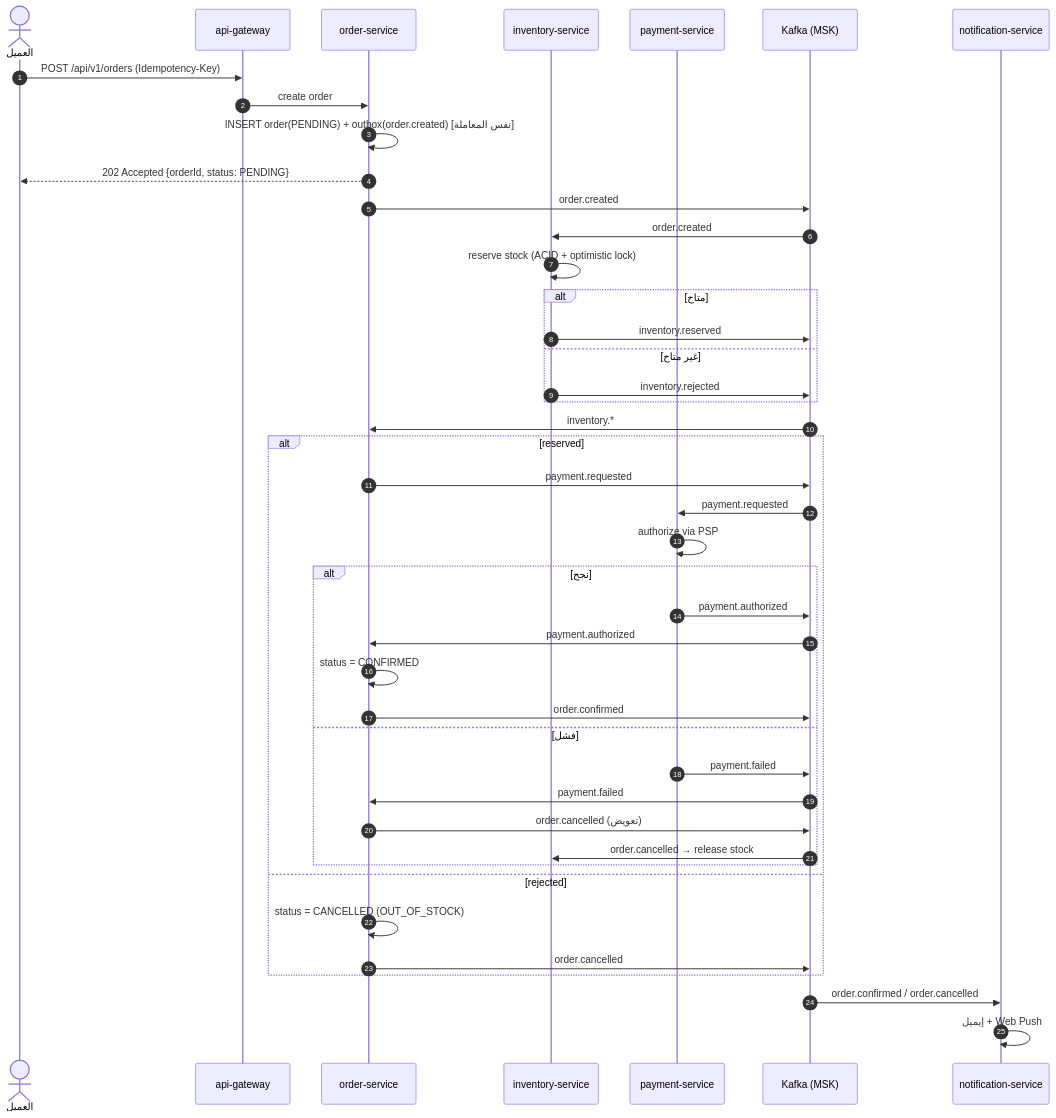
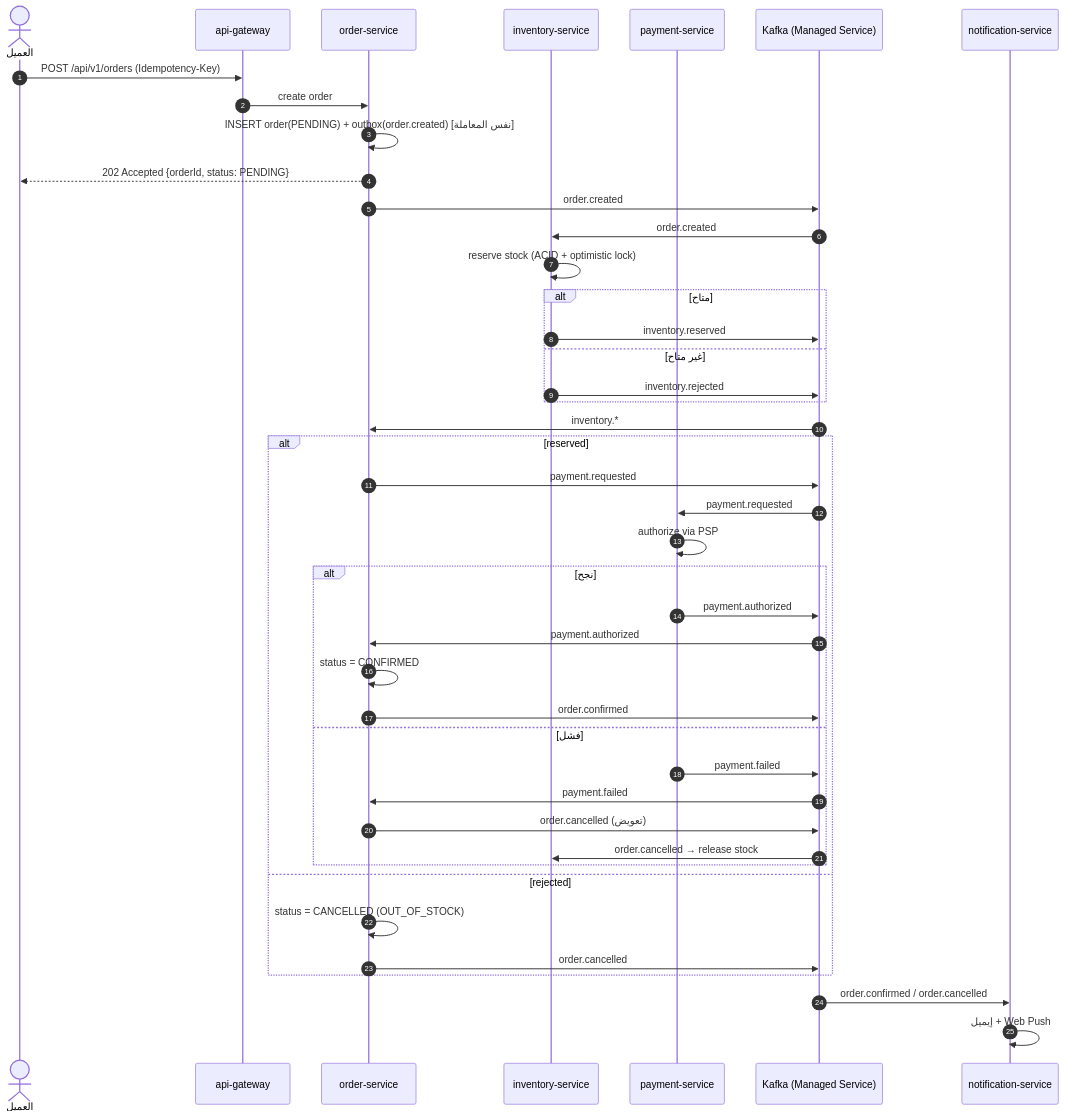
The second of 5 diagrams in docs/01-architecture.md (ahmedselimmansor-ctrl/ecomerce-microservices), drawn with Mermaid before and after one commit. The commit also changed other lines of this file and 85 other files, not shown here.

````diff
--- a/docs/01-architecture.md
+++ b/docs/01-architecture.md
@@ -153,49 +161,49 @@
 ```mermaid
 sequenceDiagram
     autonumber
     actor C as العميل
     participant GW as api-gateway
     participant O as order-service
     participant I as inventory-service
     participant P as payment-service
-    participant K as Kafka (MSK)
+    participant K as Kafka (Managed Service)
     participant N as notification-service
 
     C->>GW: POST /api/v1/orders (Idempotency-Key)
     GW->>O: create order
     O->>O: INSERT order(PENDING) + outbox(order.created)  [نفس المعاملة]
     O-->>C: 202 Accepted {orderId, status: PENDING}
     O->>K: order.created
 
     K->>I: order.created
     I->>I: reserve stock (ACID + optimistic lock)
     alt متاح
         I->>K: inventory.reserved
     else غير متاح
         I->>K: inventory.rejected
     end
 
     K->>O: inventory.*
     alt reserved
         O->>K: payment.requested
         K->>P: payment.requested
         P->>P: authorize via PSP
         alt نجح
             P->>K: payment.authorized
             K->>O: payment.authorized
             O->>O: status = CONFIRMED
             O->>K: order.confirmed
         else فشل
             P->>K: payment.failed
             K->>O: payment.failed
             O->>K: order.cancelled  (تعويض)
             K->>I: order.cancelled → release stock
         end
     else rejected
         O->>O: status = CANCELLED (OUT_OF_STOCK)
         O->>K: order.cancelled
     end
 
     K->>N: order.confirmed / order.cancelled
     N->>N: إيميل + Web Push
 ```
````
